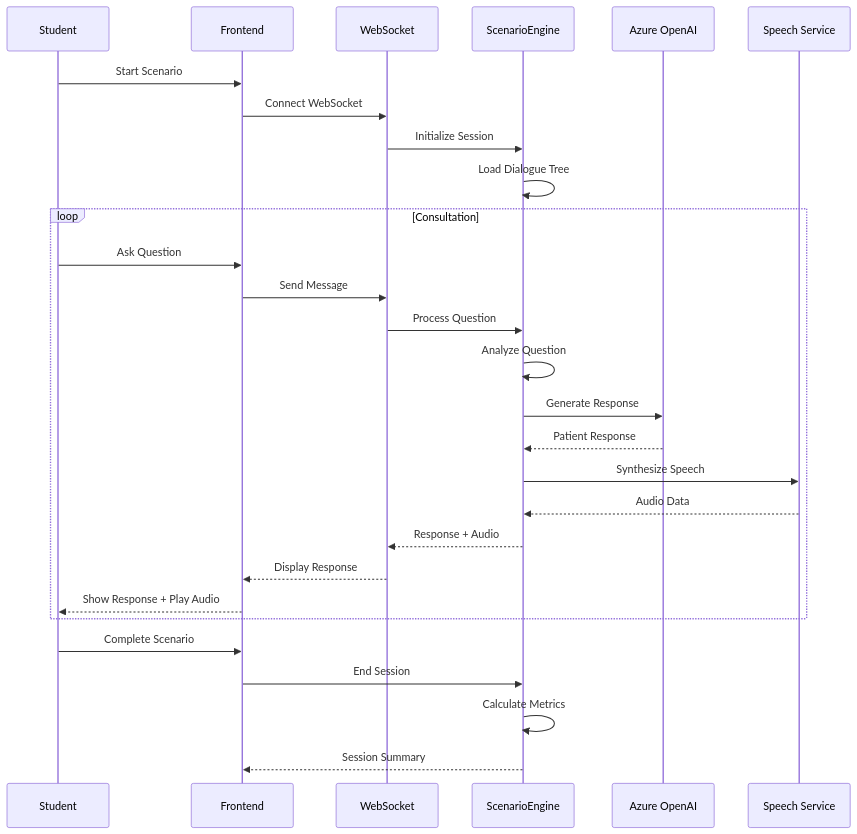
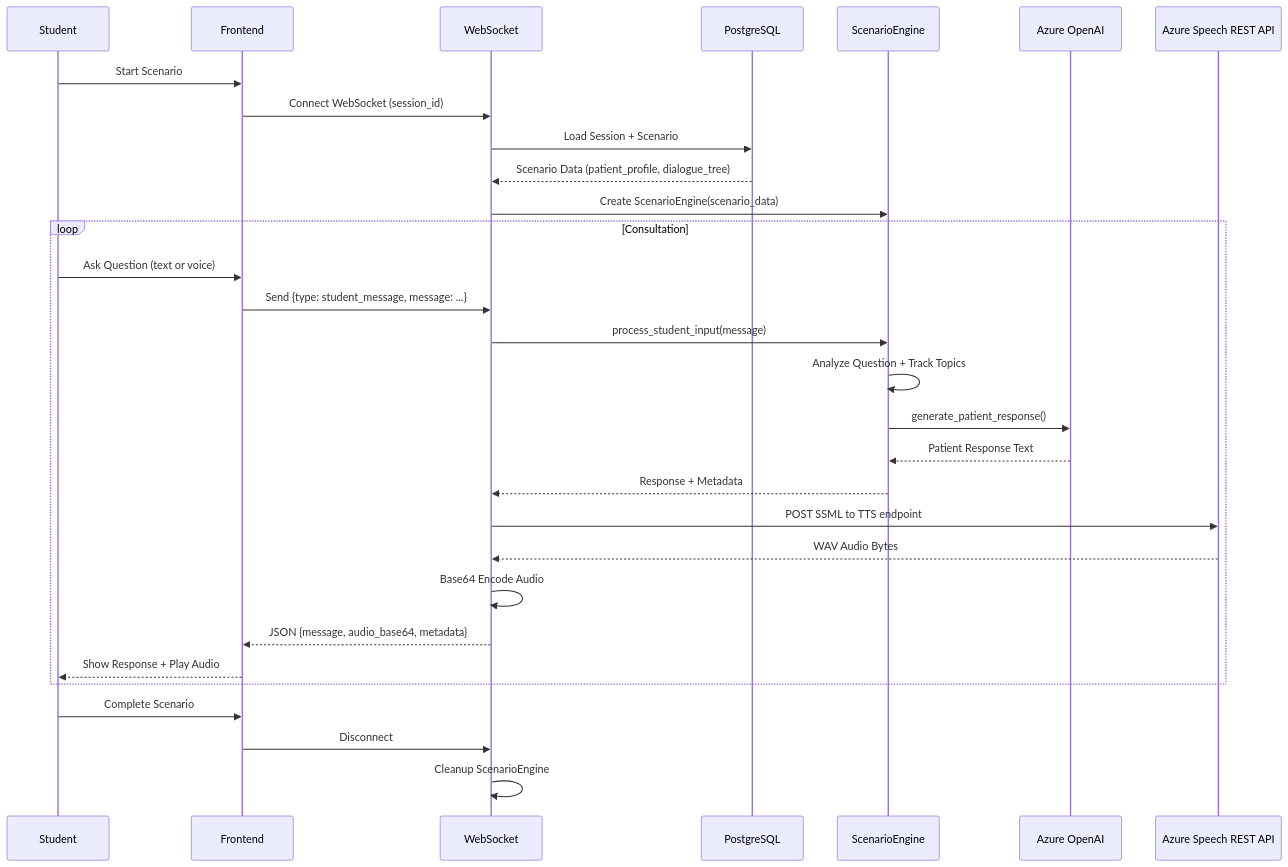
One commit to Amoukli/Coach_AI changed the first of 4 diagrams in docs/diagrams/scenario-engine.md. Above: the diagram before and after it, drawn with Mermaid. The commit also changed other lines of this file and 2 other files, not shown here.

Commit message:
Update architecture diagrams for REST API and WebSocket changes
- architecture.md: Azure Speech now uses REST API via httpx
- data-flow.md: Updated real-time consultation and voice flow diagrams
- scenario-engine.md: Updated consultation flow with database loading

Reflects changes from SDK to REST API and WebSocket-ScenarioEngine integration

🤖 Generated with [Claude Code](https://claude.com/claude-code)

````diff
--- a/docs/diagrams/scenario-engine.md
+++ b/docs/diagrams/scenario-engine.md
@@ -11,33 +11,35 @@
 ```mermaid
 sequenceDiagram
     participant S as Student
     participant FE as Frontend
     participant WS as WebSocket
+    participant DB as PostgreSQL
     participant SE as ScenarioEngine
     participant AI as Azure OpenAI
-    participant Voice as Speech Service
+    participant Voice as Azure Speech REST API
 
     S->>FE: Start Scenario
-    FE->>WS: Connect WebSocket
-    WS->>SE: Initialize Session
-    SE->>SE: Load Dialogue Tree
+    FE->>WS: Connect WebSocket (session_id)
+    WS->>DB: Load Session + Scenario
+    DB-->>WS: Scenario Data (patient_profile, dialogue_tree)
+    WS->>SE: Create ScenarioEngine(scenario_data)
 
     loop Consultation
-        S->>FE: Ask Question
-        FE->>WS: Send Message
-        WS->>SE: Process Question
-        SE->>SE: Analyze Question
-        SE->>AI: Generate Response
-        AI-->>SE: Patient Response
-        SE->>Voice: Synthesize Speech
-        Voice-->>SE: Audio Data
-        SE-->>WS: Response + Audio
-        WS-->>FE: Display Response
+        S->>FE: Ask Question (text or voice)
+        FE->>WS: Send {type: student_message, message: ...}
+        WS->>SE: process_student_input(message)
+        SE->>SE: Analyze Question + Track Topics
+        SE->>AI: generate_patient_response()
+        AI-->>SE: Patient Response Text
+        SE-->>WS: Response + Metadata
+        WS->>Voice: POST SSML to TTS endpoint
+        Voice-->>WS: WAV Audio Bytes
+        WS->>WS: Base64 Encode Audio
+        WS-->>FE: JSON {message, audio_base64, metadata}
         FE-->>S: Show Response + Play Audio
     end
 
     S->>FE: Complete Scenario
-    FE->>SE: End Session
-    SE->>SE: Calculate Metrics
-    SE-->>FE: Session Summary
+    FE->>WS: Disconnect
+    WS->>WS: Cleanup ScenarioEngine
 ```
````
